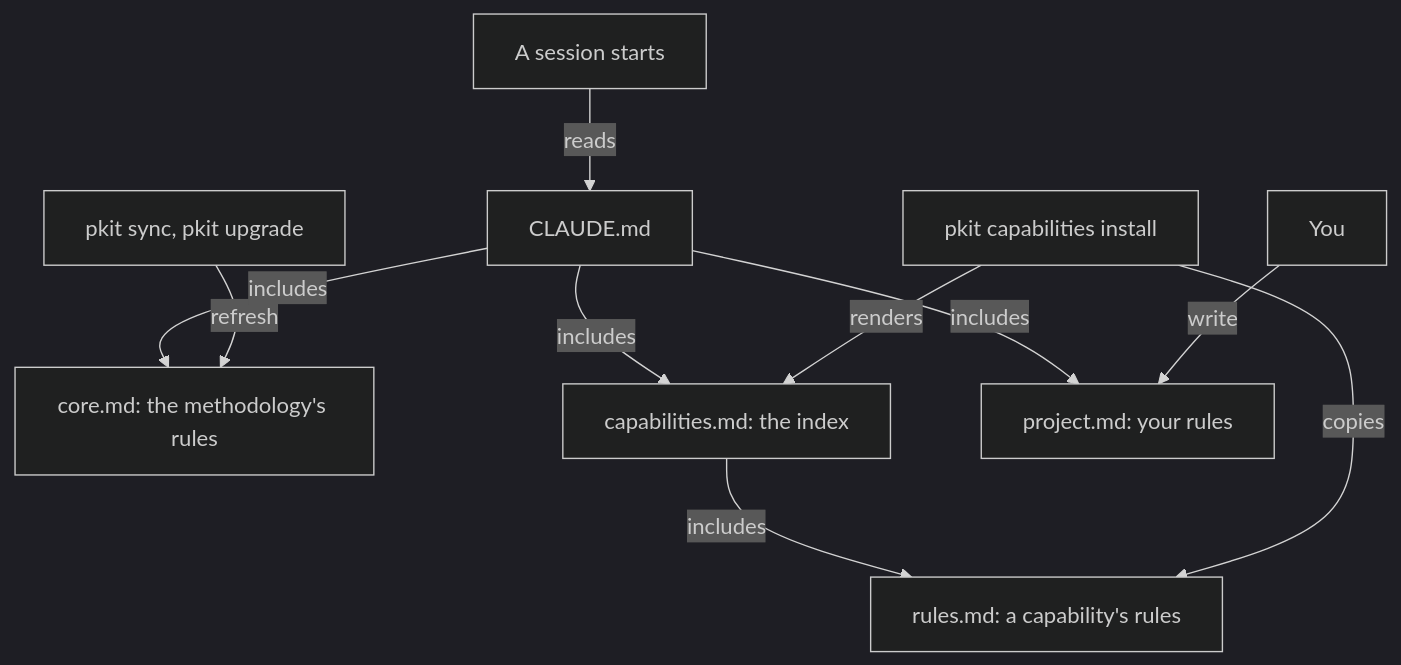
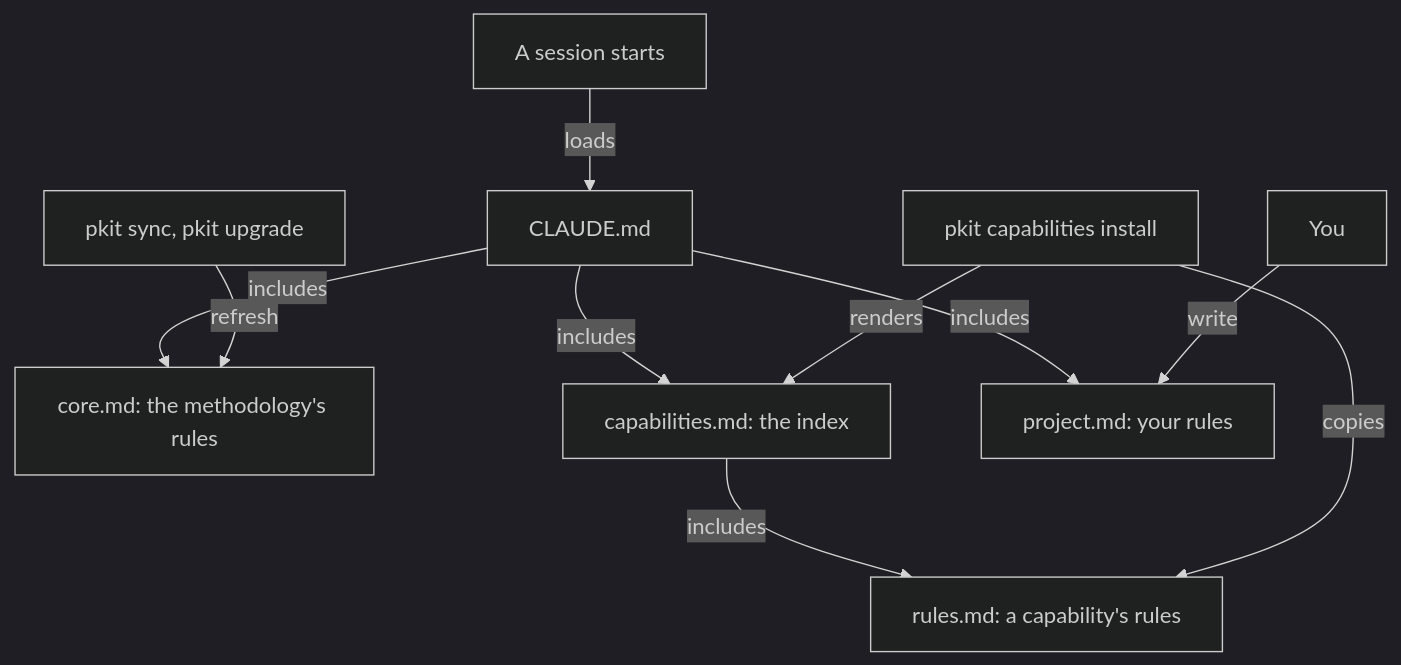
The diagram in docs/rules/README.md (aleskalfas/project-kit), drawn with Mermaid (dark theme) before and after one commit. The commit also changed other lines of this file and 1 other file, not shown here.

First line of the commit message:
docs: the rules pages settle the second review round's readings

````diff
--- a/docs/rules/README.md
+++ b/docs/rules/README.md
@@ -148,14 +150,14 @@
 ```mermaid
 flowchart TD
   accTitle: How the rules reach a session
-  accDescr: A sync refreshes core.md, the methodology's rules, at your project's version, and an upgrade moves it to a newer one. An install copies a capability with its rules.md, and renders the index, capabilities.md, which includes each installed capability's rules.md. You write project.md. CLAUDE.md includes core.md, the index and project.md, in that order. When a session starts, Claude Code reads CLAUDE.md with every file it includes, and the agent works under every layer's rules.
+  accDescr: A sync refreshes core.md, the methodology's rules, at your project's version, and an upgrade moves it to a newer one. An install copies a capability with its rules.md, and renders the index, capabilities.md, which includes each installed capability's rules.md. You write project.md. CLAUDE.md includes core.md, the index and project.md, in that order. When a session starts, Claude Code loads CLAUDE.md with every file it includes, and the agent works under every layer's rules.
   lifecycle["pkit sync, pkit upgrade"] -->|refresh| core["core.md: the methodology's rules"]
   install["pkit capabilities install"] -->|copies| caprules["rules.md: a capability's rules"]
   install -->|renders| index["capabilities.md: the index"]
   index -->|includes| caprules
   you["You"] -->|write| project["project.md: your rules"]
   claude["CLAUDE.md"] -->|includes| core
   claude -->|includes| index
   claude -->|includes| project
-  session["A session starts"] -->|reads| claude
+  session["A session starts"] -->|loads| claude
 ```
````
